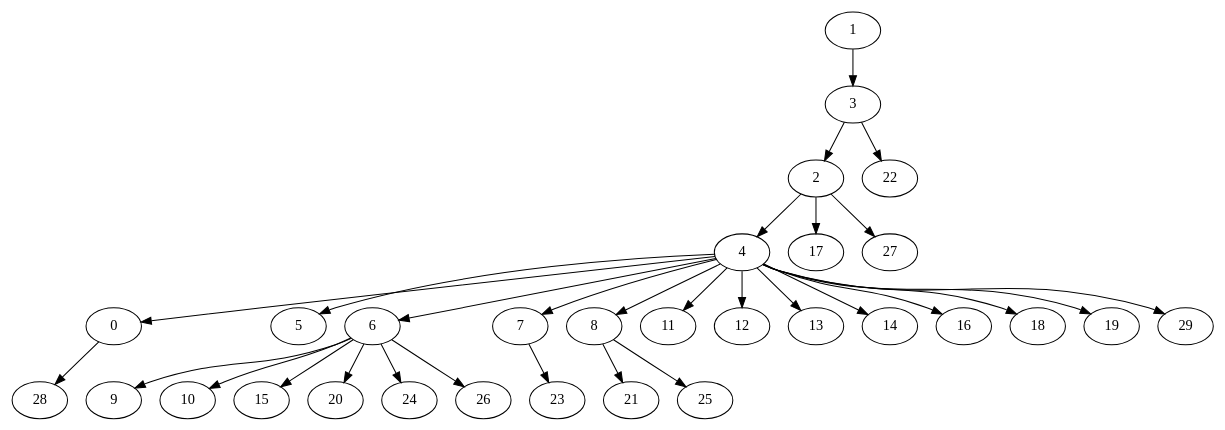
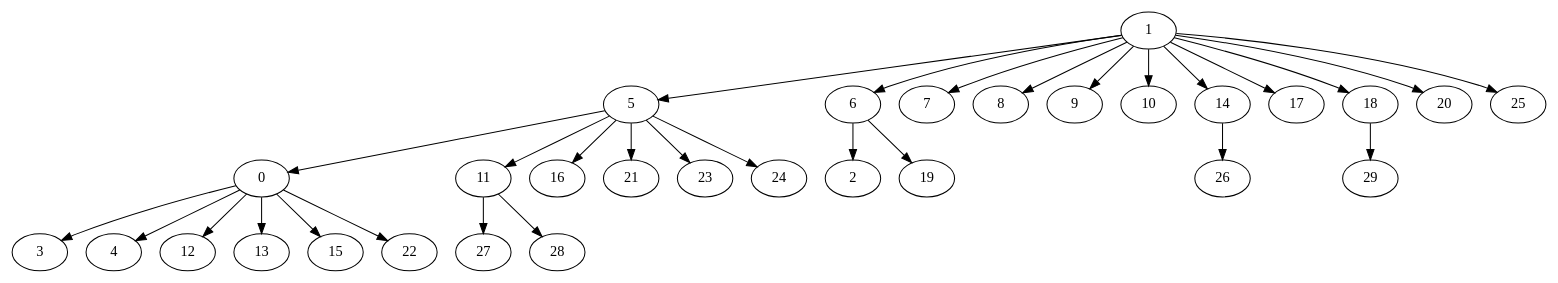
The diagram in arbol_bfs_dorogov30.gv (GusRojas/Grafos2DAA_A24), drawn with Graphviz before and after one commit. The commit also changed 41 other files, not shown here.

```diff
--- a/arbol_bfs_dorogov30.gv
+++ b/arbol_bfs_dorogov30.gv
@@ -1,31 +1,31 @@
 digraph {
-  1 -> 3;
-  3 -> 2;
-  3 -> 22;
-  2 -> 4;
-  2 -> 17;
-  2 -> 27;
-  4 -> 0;
-  4 -> 5;
-  4 -> 6;
-  4 -> 7;
-  4 -> 8;
-  4 -> 11;
-  4 -> 12;
-  4 -> 13;
-  4 -> 14;
-  4 -> 16;
-  4 -> 18;
-  4 -> 19;
-  4 -> 29;
-  0 -> 28;
-  6 -> 9;
-  6 -> 10;
-  6 -> 15;
-  6 -> 20;
-  6 -> 24;
-  6 -> 26;
-  7 -> 23;
-  8 -> 21;
-  8 -> 25;
+  1 -> 5;
+  1 -> 6;
+  1 -> 7;
+  1 -> 8;
+  1 -> 9;
+  1 -> 10;
+  1 -> 14;
+  1 -> 17;
+  1 -> 18;
+  1 -> 20;
+  1 -> 25;
+  5 -> 0;
+  5 -> 11;
+  5 -> 16;
+  5 -> 21;
+  5 -> 23;
+  5 -> 24;
+  6 -> 2;
+  6 -> 19;
+  14 -> 26;
+  18 -> 29;
+  0 -> 3;
+  0 -> 4;
+  0 -> 12;
+  0 -> 13;
+  0 -> 15;
+  0 -> 22;
+  11 -> 27;
+  11 -> 28;
 }
```
